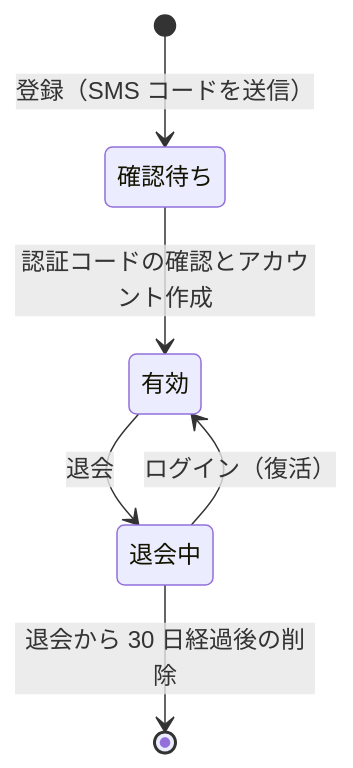
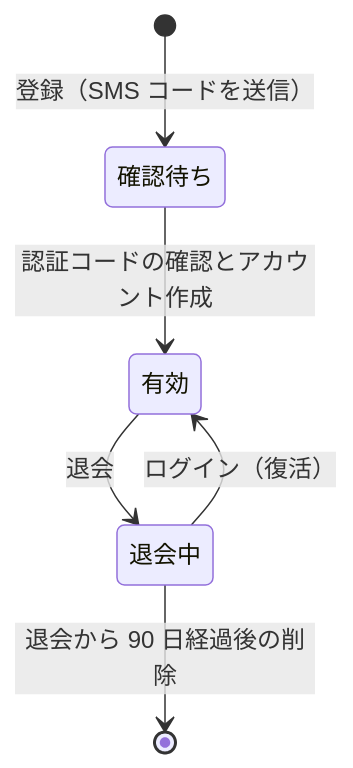
The diagram in dystopia/docs/features/account.md (panicboat/monorepo), drawn with Mermaid before and after one commit. The commit also changed other lines of this file and 3 other files, not shown here.

````diff
--- a/dystopia/docs/features/account.md
+++ b/dystopia/docs/features/account.md
@@ -67,8 +67,8 @@
 ```mermaid
 stateDiagram-v2
     [*] --> 確認待ち: 登録（SMS コードを送信）
     確認待ち --> 有効: 認証コードの確認とアカウント作成
     有効 --> 退会中: 退会
     退会中 --> 有効: ログイン（復活）
-    退会中 --> [*]: 退会から 30 日経過後の削除
+    退会中 --> [*]: 退会から 90 日経過後の削除
 ```
````
